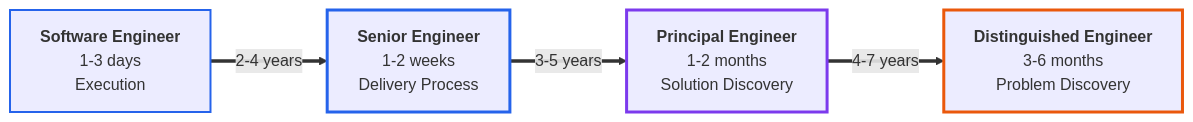
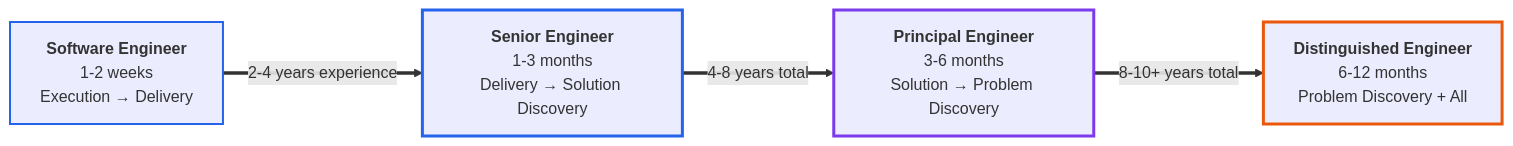
One commit to withcaldera/engineering-framework changed the first of 5 diagrams in frameworks/progression-matrix.md. Above: the diagram before and after it, drawn with Mermaid. The commit also changed other lines of this file and 6 other files, not shown here.

````diff
--- a/frameworks/progression-matrix.md
+++ b/frameworks/progression-matrix.md
@@ -9,16 +9,16 @@
 ```mermaid
 flowchart LR
-    SE[<b>Software Engineer</b><br/>1-3 days<br/>Execution]
-    Senior[<b>Senior Engineer</b><br/>1-2 weeks<br/>Delivery Process]
-    Principal[<b>Principal Engineer</b><br/>1-2 months<br/>Solution Discovery]
-    Distinguished[<b>Distinguished Engineer</b><br/>3-6 months<br/>Problem Discovery]
+    SE[<b>Software Engineer</b><br/>1-2 weeks<br/>Execution → Delivery]
+    Senior[<b>Senior Engineer</b><br/>1-3 months<br/>Delivery → Solution Discovery]
+    Principal[<b>Principal Engineer</b><br/>3-6 months<br/>Solution → Problem Discovery]
+    Distinguished[<b>Distinguished Engineer</b><br/>6-12 months<br/>Problem Discovery + All]
 
-    SE ==>|2-4 years| Senior
-    Senior ==>|3-5 years| Principal
-    Principal ==>|4-7 years| Distinguished
+    SE ==>|2-4 years experience| Senior
+    Senior ==>|4-8 years total| Principal
+    Principal ==>|8-10+ years total| Distinguished
 
     style SE stroke:#2563eb,stroke-width:2px
     style Senior stroke:#2563eb,stroke-width:3px
     style Principal stroke:#7c3aed,stroke-width:3px
     style Distinguished stroke:#ea580c,stroke-width:3px
 ```
````
